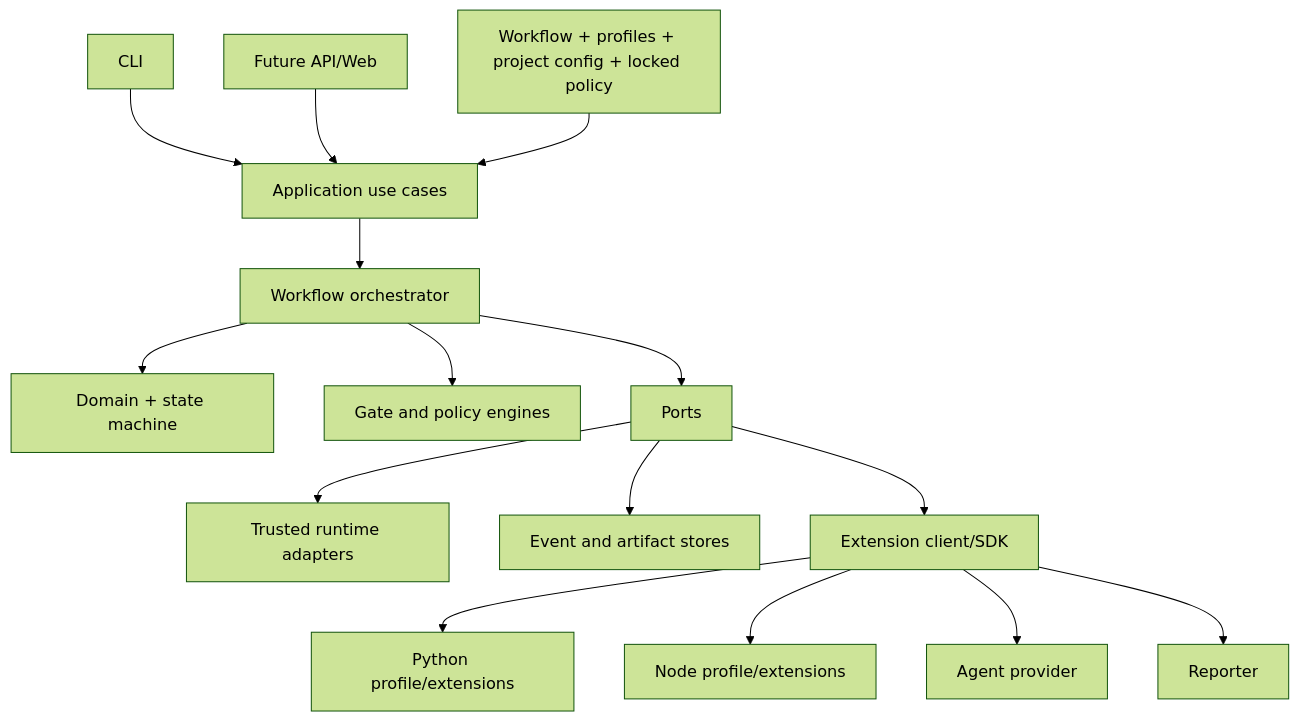
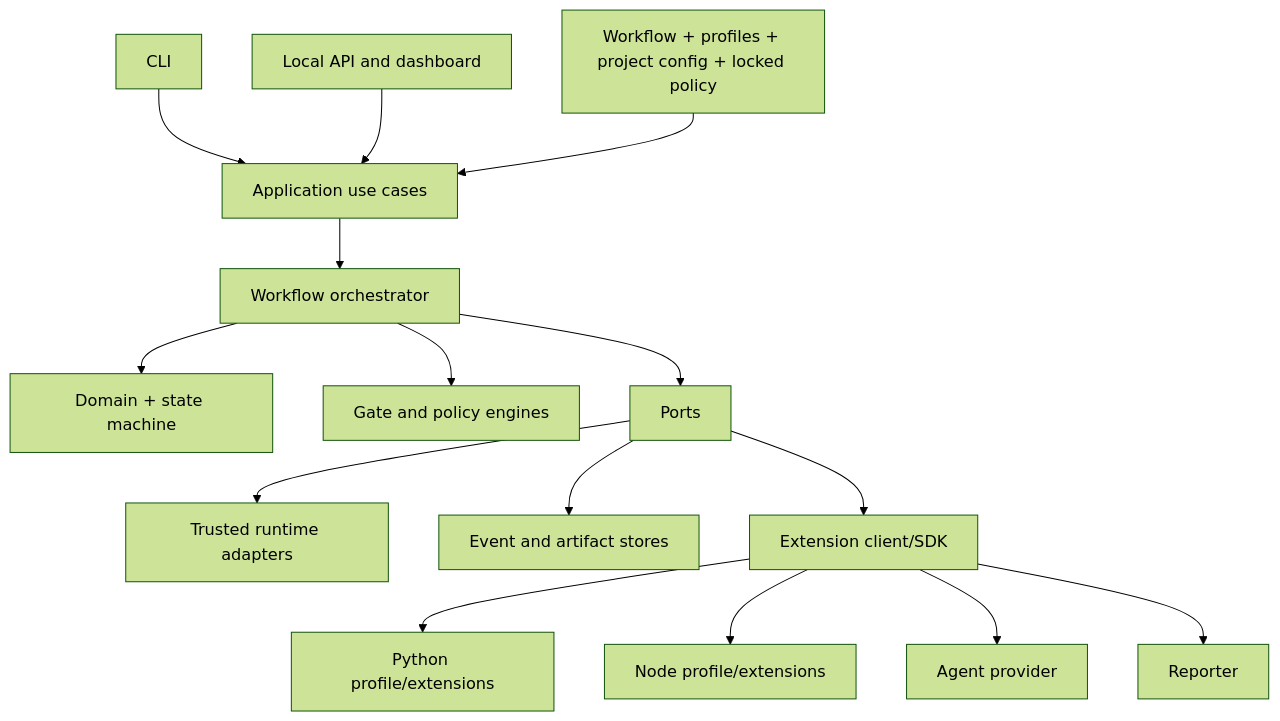
The diagram in diagrams/architecture.mmd (SebasBarrera/harness-engineering), drawn with Mermaid (forest theme) before and after one commit.

Commit message:
docs(diagrams): show the local API and dashboard as implemented
The architecture diagram of the cut still labelled the API as future
work; the local FastAPI API and dashboard are part of v0.8.0.

```diff
--- a/diagrams/architecture.mmd
+++ b/diagrams/architecture.mmd
@@ -1,15 +1,15 @@
 flowchart TB
   CLI[CLI] --> APP[Application use cases]
-  API[Future API/Web] --> APP
+  API[Local API and dashboard] --> APP
   APP --> ORCH[Workflow orchestrator]
   ORCH --> DOMAIN[Domain + state machine]
   ORCH --> GATES[Gate and policy engines]
   ORCH --> PORTS[Ports]
   PORTS --> RUNTIME[Trusted runtime adapters]
   PORTS --> STORES[Event and artifact stores]
   PORTS --> EXT[Extension client/SDK]
   CONFIG[Workflow + profiles + project config + locked policy] --> APP
   EXT --> PY[Python profile/extensions]
   EXT --> NODE[Node profile/extensions]
   EXT --> AGENT[Agent provider]
   EXT --> REPORT[Reporter]
```
